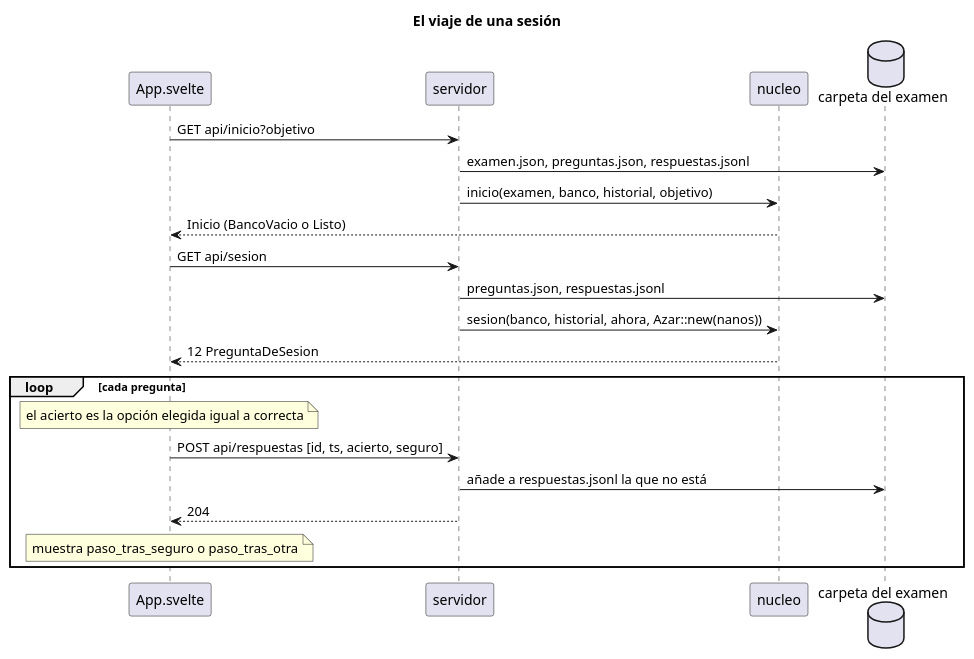
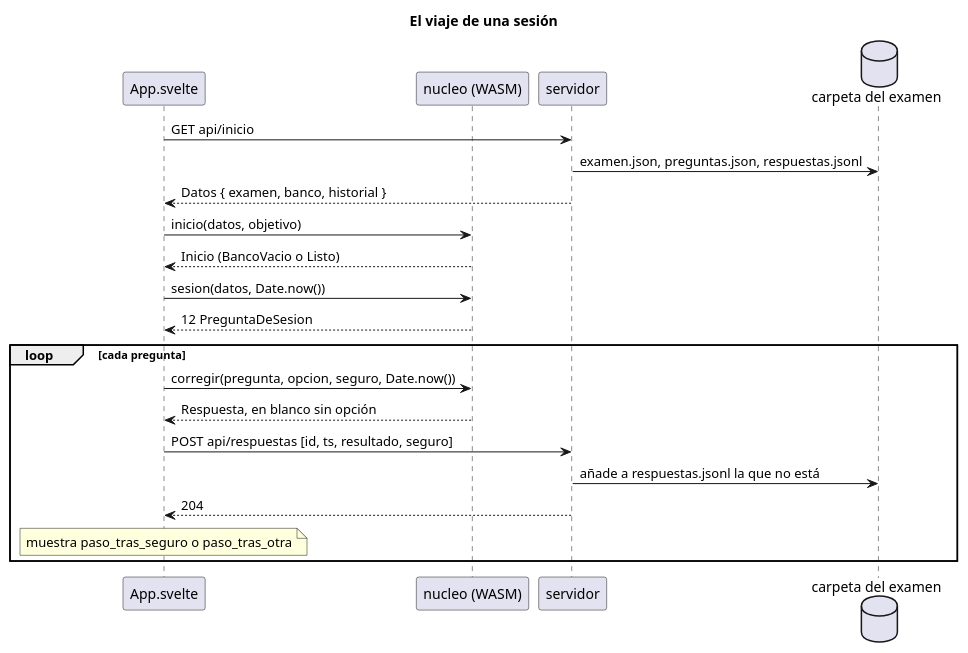
The third of 4 diagrams in docs/el-diagrama.puml (jfdg01/examenes), drawn with PlantUML before and after one commit. The commit also changed other lines of this file, not shown here.

First line of the commit message:
docs: el diagrama lleva nucleo en WASM

```diff
--- a/docs/el-diagrama.puml
+++ b/docs/el-diagrama.puml
@@ -246,27 +254,27 @@
 @startuml el-viaje-de-una-sesion
 skinparam shadowing false
 title El viaje de una sesión
 
 participant "App.svelte" as App
+participant "nucleo (WASM)" as N
 participant servidor as S
-participant nucleo as N
 database "carpeta del examen" as C
 
-App -> S : GET api/inicio?objetivo
+App -> S : GET api/inicio
 S -> C : examen.json, preguntas.json, respuestas.jsonl
-S -> N : inicio(examen, banco, historial, objetivo)
+S --> App : Datos { examen, banco, historial }
+App -> N : inicio(datos, objetivo)
 N --> App : Inicio (BancoVacio o Listo)
 
-App -> S : GET api/sesion
-S -> C : preguntas.json, respuestas.jsonl
-S -> N : sesion(banco, historial, ahora, Azar::new(nanos))
+App -> N : sesion(datos, Date.now())
 N --> App : 12 PreguntaDeSesion
 
 loop cada pregunta
-  note over App : el acierto es la opción elegida igual a correcta
-  App -> S : POST api/respuestas [id, ts, acierto, seguro]
+  App -> N : corregir(pregunta, opcion, seguro, Date.now())
+  N --> App : Respuesta, en blanco sin opción
+  App -> S : POST api/respuestas [id, ts, resultado, seguro]
   S -> C : añade a respuestas.jsonl la que no está
   S --> App : 204
   note over App : muestra paso_tras_seguro o paso_tras_otra
 end
 @enduml
```
